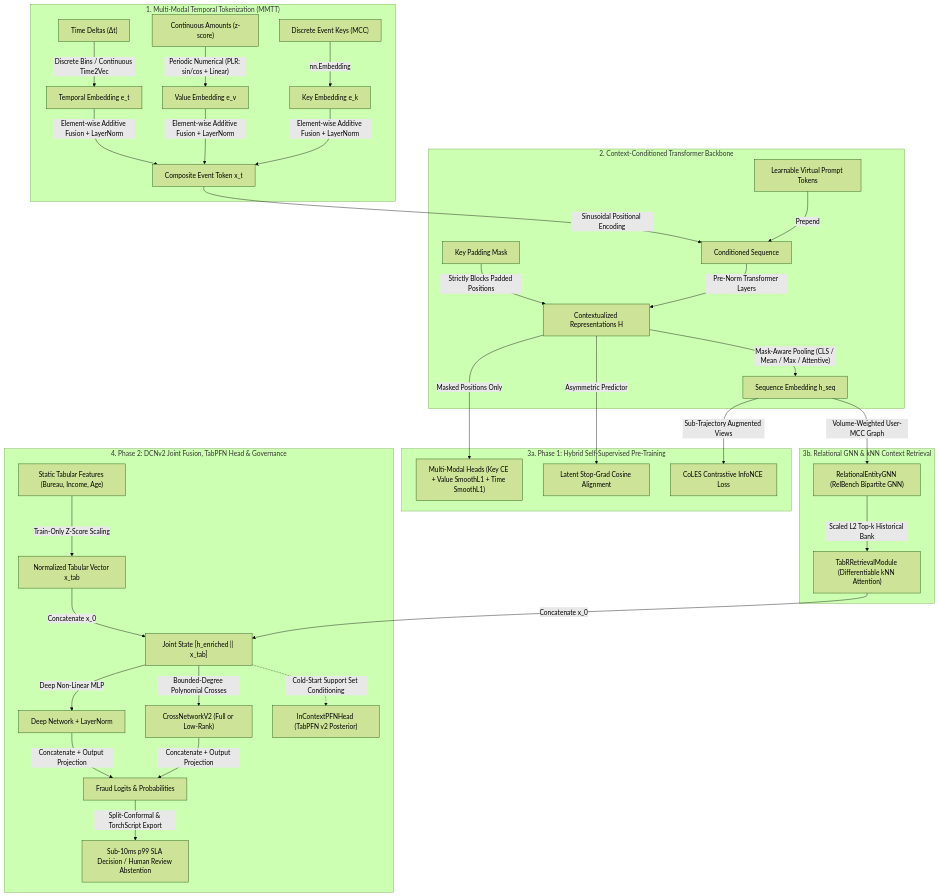
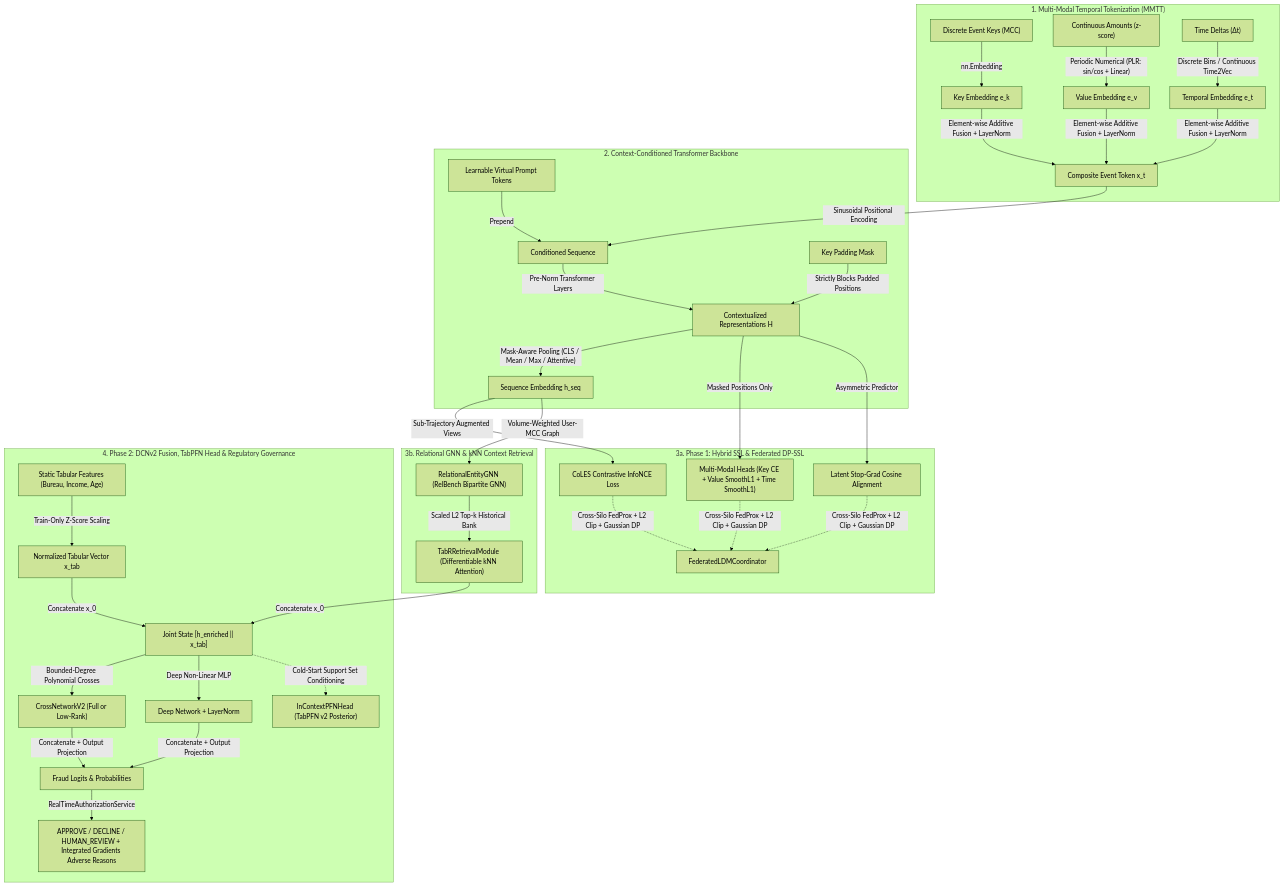
Before and after one commit to vfcarida/Large-Data-Models-LDMs-: the diagram in README.md, drawn with Mermaid (forest theme). The commit also changed other lines of this file and 18 other files, not shown here.

First line of the commit message:
feat: implement explainability, counterfactual recourse, federated DP-SSL, ablation suite, and real-time authorization service (v0.4.0)

````diff
--- a/README.md
+++ b/README.md
@@ -31,38 +31,39 @@
 ```mermaid
 graph TD
     subgraph Modality1 ["1. Multi-Modal Temporal Tokenization (MMTT)"]
         A1["Discrete Event Keys (MCC)"] -->|"nn.Embedding"| B1["Key Embedding e_k"]
         A2["Continuous Amounts (z-score)"] -->|"Periodic Numerical (PLR: sin/cos + Linear)"| B2["Value Embedding e_v"]
         A3["Time Deltas (Δt)"] -->|"Discrete Bins / Continuous Time2Vec"| B3["Temporal Embedding e_t"]
         B1 & B2 & B3 -->|"Element-wise Additive Fusion + LayerNorm"| C["Composite Event Token x_t"]
     end
 
     subgraph Backbone ["2. Context-Conditioned Transformer Backbone"]
         V["Learnable Virtual Prompt Tokens"] -->|"Prepend"| D["Conditioned Sequence"]
         C -->|"Sinusoidal Positional Encoding"| D
         D -->|"Pre-Norm Transformer Layers"| E["Contextualized Representations H"]
         M["Key Padding Mask"] -->|"Strictly Blocks Padded Positions"| E
         E -->|"Mask-Aware Pooling (CLS / Mean / Max / Attentive)"| F["Sequence Embedding h_seq"]
     end
 
-    subgraph SSL ["3a. Phase 1: Hybrid Self-Supervised Pre-Training"]
+    subgraph SSL ["3a. Phase 1: Hybrid SSL & Federated DP-SSL"]
         E -->|"Masked Positions Only"| S1["Multi-Modal Heads (Key CE + Value SmoothL1 + Time SmoothL1)"]
         E -->|"Asymmetric Predictor"| S2["Latent Stop-Grad Cosine Alignment"]
         F -->|"Sub-Trajectory Augmented Views"| S3["CoLES Contrastive InfoNCE Loss"]
+        S1 & S2 & S3 -.->|"Cross-Silo FedProx + L2 Clip + Gaussian DP"| FED["FederatedLDMCoordinator"]
     end
 
     subgraph RelationalRetrieval ["3b. Relational GNN & kNN Context Retrieval"]
         F -->|"Volume-Weighted User-MCC Graph"| GNN["RelationalEntityGNN (RelBench Bipartite GNN)"]
         GNN -->|"Scaled L2 Top-k Historical Bank"| TABR["TabRRetrievalModule (Differentiable kNN Attention)"]
     end
 
-    subgraph Fusion ["4. Phase 2: DCNv2 Joint Fusion, TabPFN Head & Governance"]
+    subgraph Fusion ["4. Phase 2: DCNv2 Fusion, TabPFN Head & Regulatory Governance"]
         T["Static Tabular Features (Bureau, Income, Age)"] -->|"Train-Only Z-Score Scaling"| G["Normalized Tabular Vector x_tab"]
         TABR & G -->|"Concatenate x_0"| H["Joint State [h_enriched || x_tab]"]
         H -->|"Bounded-Degree Polynomial Crosses"| I["CrossNetworkV2 (Full or Low-Rank)"]
         H -->|"Deep Non-Linear MLP"| J["Deep Network + LayerNorm"]
         H -.->|"Cold-Start Support Set Conditioning"| PFN["InContextPFNHead (TabPFN v2 Posterior)"]
         I & J -->|"Concatenate + Output Projection"| K["Fraud Logits & Probabilities"]
-        K -->|"Split-Conformal & TorchScript Export"| L["Sub-10ms p99 SLA Decision / Human Review Abstention"]
+        K -->|"RealTimeAuthorizationService"| L["APPROVE / DECLINE / HUMAN_REVIEW + Integrated Gradients Adverse Reasons"]
     end
 ```
````
